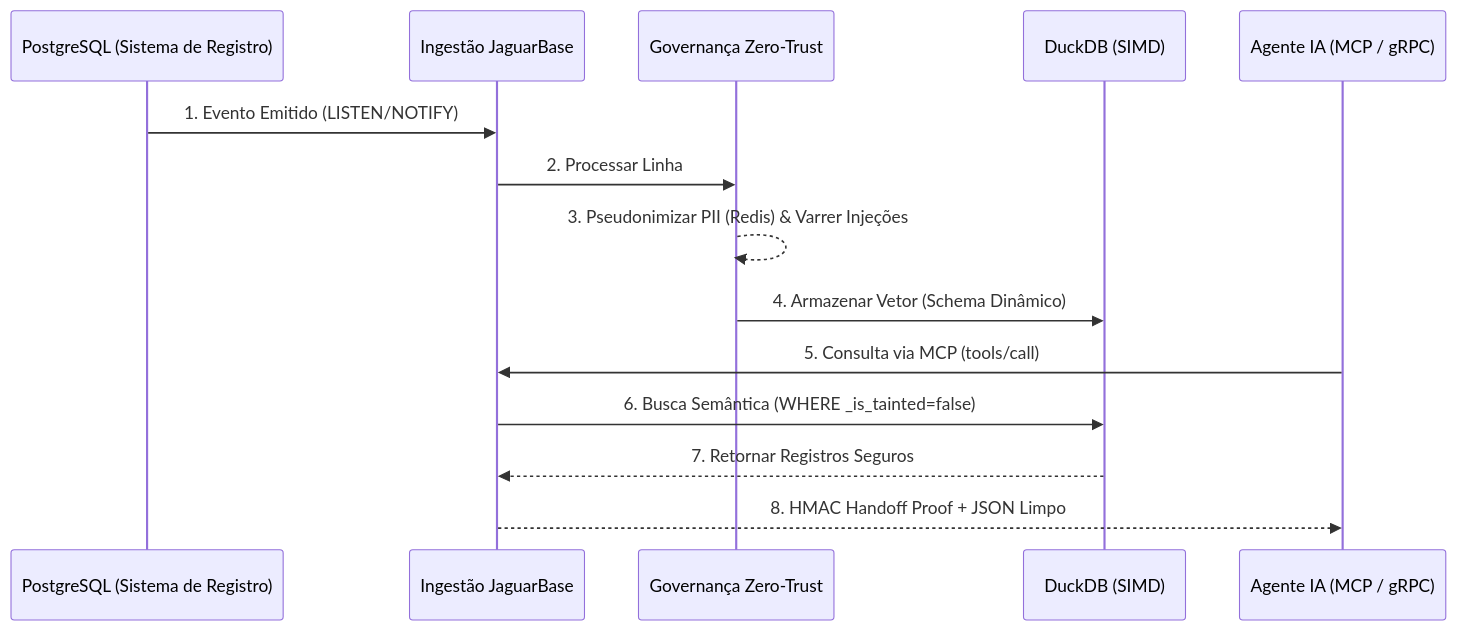
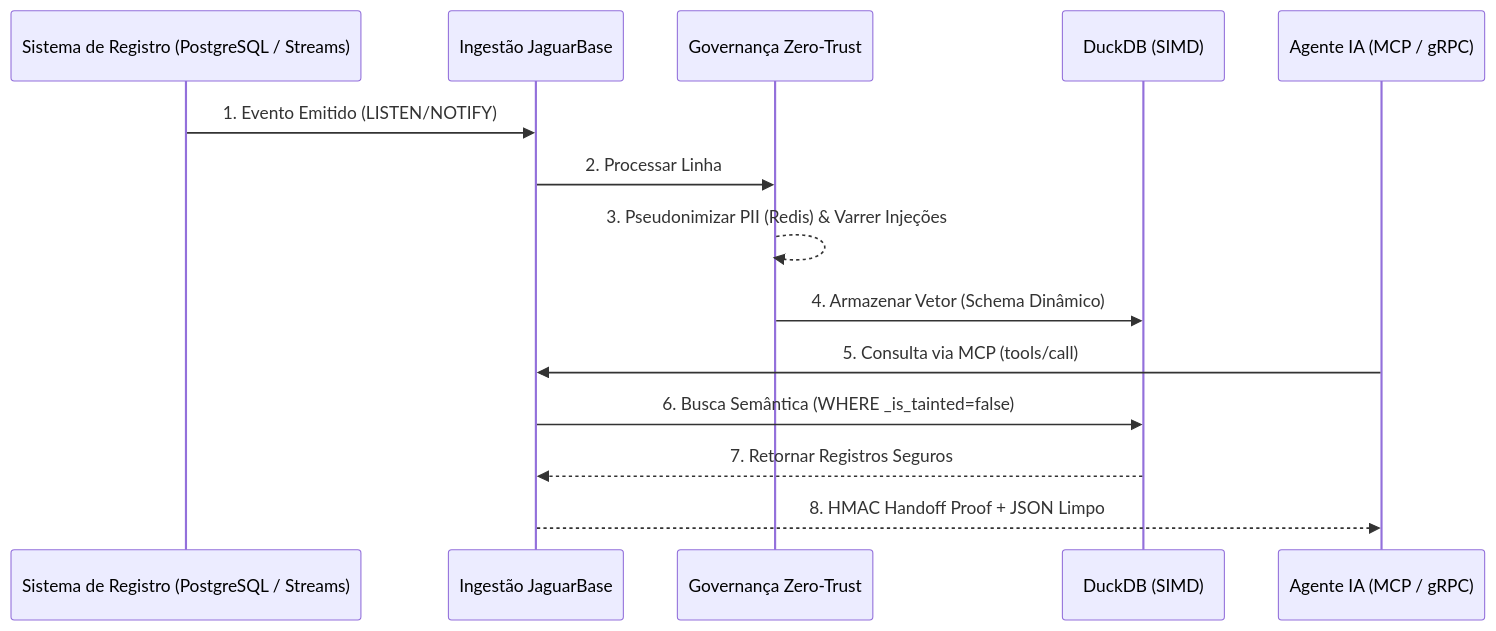
The second of 2 diagrams in README.pt-BR.md (andrewbraga1/jaguarbase), drawn with Mermaid before and after one commit. The commit also changed other lines of this file and 18 other files, not shown here.

````diff
--- a/README.pt-BR.md
+++ b/README.pt-BR.md
@@ -52,17 +58,17 @@
 ```mermaid
 sequenceDiagram
-    participant Source as PostgreSQL (Sistema de Registro)
+    participant Source as Sistema de Registro (PostgreSQL / Streams)
     participant JB as Ingestão JaguarBase
     participant Gov as Governança Zero-Trust
     participant DDB as DuckDB (SIMD)
     participant Agent as Agente IA (MCP / gRPC)
 
     Source->>JB: 1. Evento Emitido (LISTEN/NOTIFY)
     JB->>Gov: 2. Processar Linha
     Gov-->>Gov: 3. Pseudonimizar PII (Redis) & Varrer Injeções
     Gov->>DDB: 4. Armazenar Vetor (Schema Dinâmico)
     Agent->>JB: 5. Consulta via MCP (tools/call)
     JB->>DDB: 6. Busca Semântica (WHERE _is_tainted=false)
     DDB-->>JB: 7. Retornar Registros Seguros
     JB-->>Agent: 8. HMAC Handoff Proof + JSON Limpo
 ```
````
